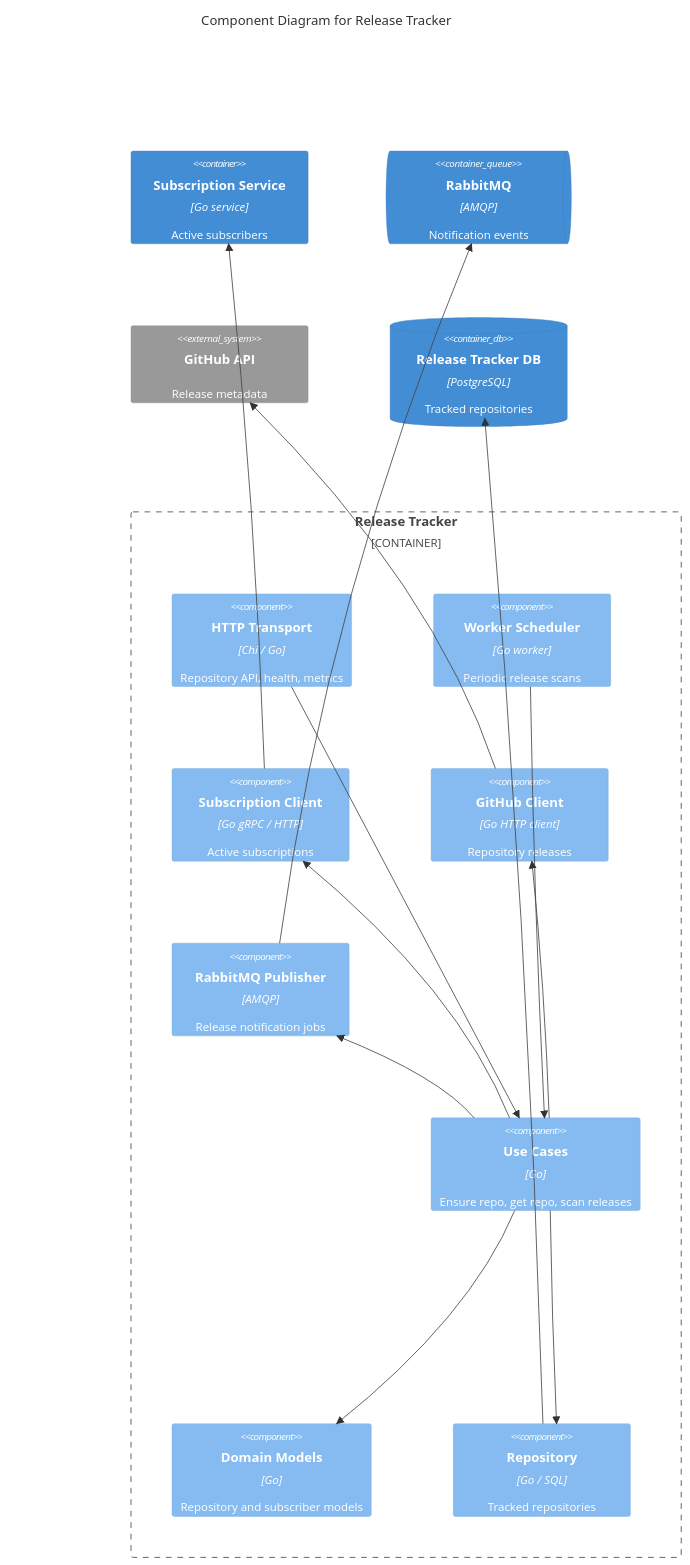
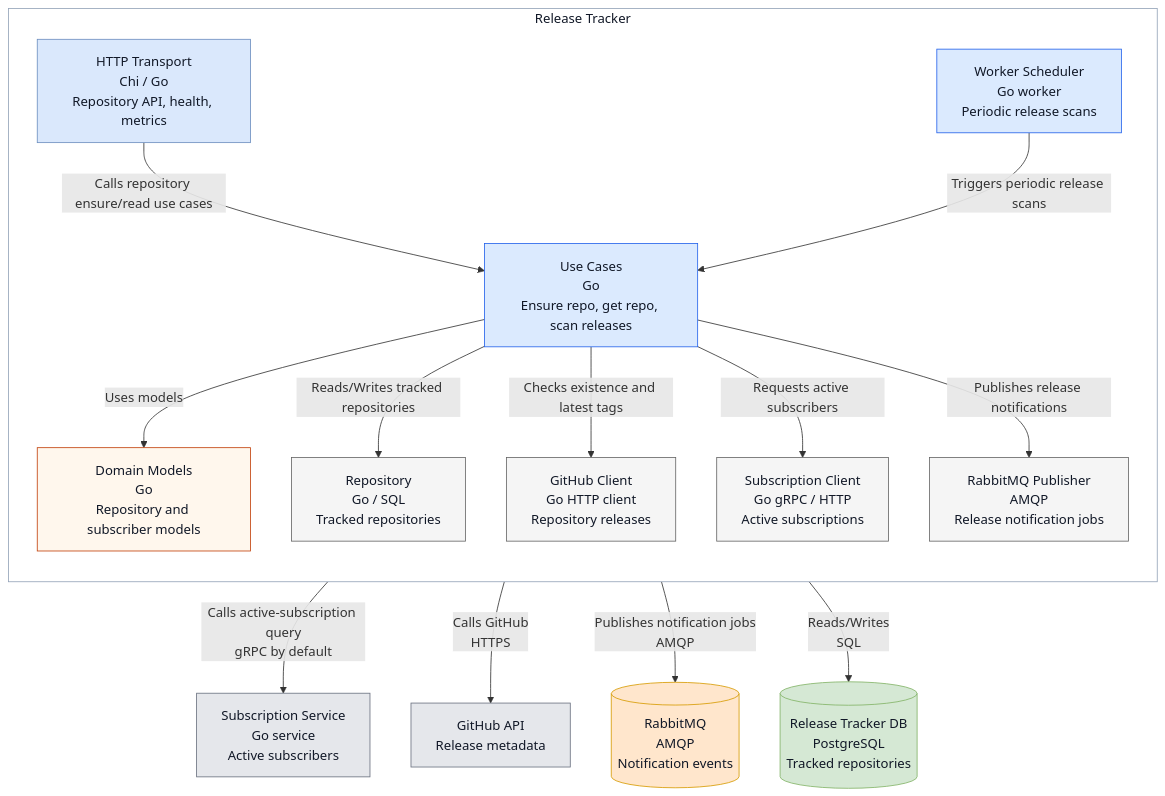
One commit to GenesisEducationKyiv/software-engineering-school-6-0-Oleg-amur changed the fifth of 6 diagrams in docs/architecture/architecture.md. Above: the diagram before and after it, drawn with Mermaid. The commit also changed other lines of this file, not shown here.

Commit message:
docs: improve architecture diagram rendering

````diff
--- a/docs/architecture/architecture.md
+++ b/docs/architecture/architecture.md
@@ -163,45 +163,47 @@
 ```mermaid
-C4Component
-    title Component Diagram for Release Tracker
+flowchart TB
+    subscription["Subscription Service<br/>Go service<br/>Active subscribers"]
+    rabbitmq[("RabbitMQ<br/>AMQP<br/>Notification events")]
+    github["GitHub API<br/>Release metadata"]
+    releaseDb[("Release Tracker DB<br/>PostgreSQL<br/>Tracked repositories")]
 
-    Container(subscription, "Subscription Service", "Go service", "Active subscribers")
-    ContainerQueue(rabbitmq, "RabbitMQ", "AMQP", "Notification events")
-    System_Ext(github, "GitHub API", "Release metadata")
+    subgraph releaseTracker["Release Tracker"]
+        direction TB
+        httpTransport["HTTP Transport<br/>Chi / Go<br/>Repository API, health, metrics"]
+        scanner["Worker Scheduler<br/>Go worker<br/>Periodic release scans"]
+        subscriptionClient["Subscription Client<br/>Go gRPC / HTTP<br/>Active subscriptions"]
+        githubClient["GitHub Client<br/>Go HTTP client<br/>Repository releases"]
+        publisher["RabbitMQ Publisher<br/>AMQP<br/>Release notification jobs"]
+        usecases["Use Cases<br/>Go<br/>Ensure repo, get repo, scan releases"]
+        domain["Domain Models<br/>Go<br/>Repository and subscriber models"]
+        repository["Repository<br/>Go / SQL<br/>Tracked repositories"]
+    end
 
-    Container_Boundary(releaseTracker, "Release Tracker") {
-        Component(httpTransport, "HTTP Transport", "Chi / Go", "Repository API, health, metrics")
-        Component(scanner, "Worker Scheduler", "Go worker", "Periodic release scans")
-        Component(subscriptionClient, "Subscription Client", "Go gRPC / HTTP", "Active subscriptions")
-        Component(githubClient, "GitHub Client", "Go HTTP client", "Repository releases")
-        Component(publisher, "RabbitMQ Publisher", "AMQP", "Release notification jobs")
+    httpTransport -->|"Calls repository ensure/read use cases"| usecases
+    scanner -->|"Triggers periodic release scans"| usecases
+    subscriptionClient -->|"Calls active-subscription query<br/>gRPC by default"| subscription
+    githubClient -->|"Calls GitHub<br/>HTTPS"| github
+    publisher -->|"Publishes notification jobs<br/>AMQP"| rabbitmq
+    usecases -->|"Uses models"| domain
+    usecases -->|"Reads/Writes tracked repositories"| repository
+    usecases -->|"Checks existence and latest tags"| githubClient
+    usecases -->|"Requests active subscribers"| subscriptionClient
+    usecases -->|"Publishes release notifications"| publisher
+    repository -->|"Reads/Writes<br/>SQL"| releaseDb
 
-        Component(releaseUsecaseSpacerLeft, " ", " ", " ")
-        Component(releaseUsecaseSpacerMidLeft, " ", " ", " ")
-        Component(usecases, "Use Cases", "Go", "Ensure repo, get repo, scan releases")
-        Component(releaseUsecaseSpacerMidRight, " ", " ", " ")
-        Component(releaseUsecaseSpacerRight, " ", " ", " ")
-
-        Component(domain, "Domain Models", "Go", "Repository and subscriber models")
-        Component(repository, "Repository", "Go / SQL", "Tracked repositories")
-    }
-
-    ContainerDb(releaseDb, "Release Tracker DB", "PostgreSQL", "Tracked repositories")
-
-    Rel_D(httpTransport, usecases, "")
-    Rel_D(scanner, usecases, "")
-    Rel_D(subscriptionClient, subscription, "")
-    Rel_D(githubClient, github, "")
-    Rel_D(publisher, rabbitmq, "")
-    Rel_R(usecases, domain, "")
-    Rel_D(usecases, repository, "")
-    Rel_R(usecases, githubClient, "")
-    Rel_D(usecases, subscriptionClient, "")
-    Rel_R(usecases, publisher, "")
-    Rel_D(repository, releaseDb, "")
-
-    UpdateLayoutConfig($c4ShapeInRow="5", $c4BoundaryInRow="1")
-    UpdateElementStyle(releaseUsecaseSpacerLeft, $bgColor="transparent", $fontColor="transparent", $borderColor="transparent")
-    UpdateElementStyle(releaseUsecaseSpacerMidLeft, $bgColor="transparent", $fontColor="transparent", $borderColor="transparent")
-    UpdateElementStyle(releaseUsecaseSpacerMidRight, $bgColor="transparent", $fontColor="transparent", $borderColor="transparent")
-    UpdateElementStyle(releaseUsecaseSpacerRight, $bgColor="transparent", $fontColor="transparent", $borderColor="transparent")
+    classDef externalCls fill:#e5e7eb,stroke:#6b7280,color:#111827
+    classDef transportCls fill:#dae8fc,stroke:#6c8ebf,color:#111827
+    classDef appCls fill:#dbeafe,stroke:#2563eb,color:#111827
+    classDef domainCls fill:#fff7ed,stroke:#c2410c,color:#111827
+    classDef infraCls fill:#f5f5f5,stroke:#666666,color:#111827
+    classDef dbCls fill:#d5e8d4,stroke:#82b366,color:#111827
+    classDef queueCls fill:#ffe6cc,stroke:#d79b00,color:#111827
+    class subscription,github externalCls
+    class httpTransport transportCls
+    class usecases,scanner appCls
+    class domain domainCls
+    class repository,subscriptionClient,githubClient,publisher infraCls
+    class releaseDb dbCls
+    class rabbitmq queueCls
+    style releaseTracker fill:#ffffff,stroke:#94a3b8,color:#111827
 ```
````
